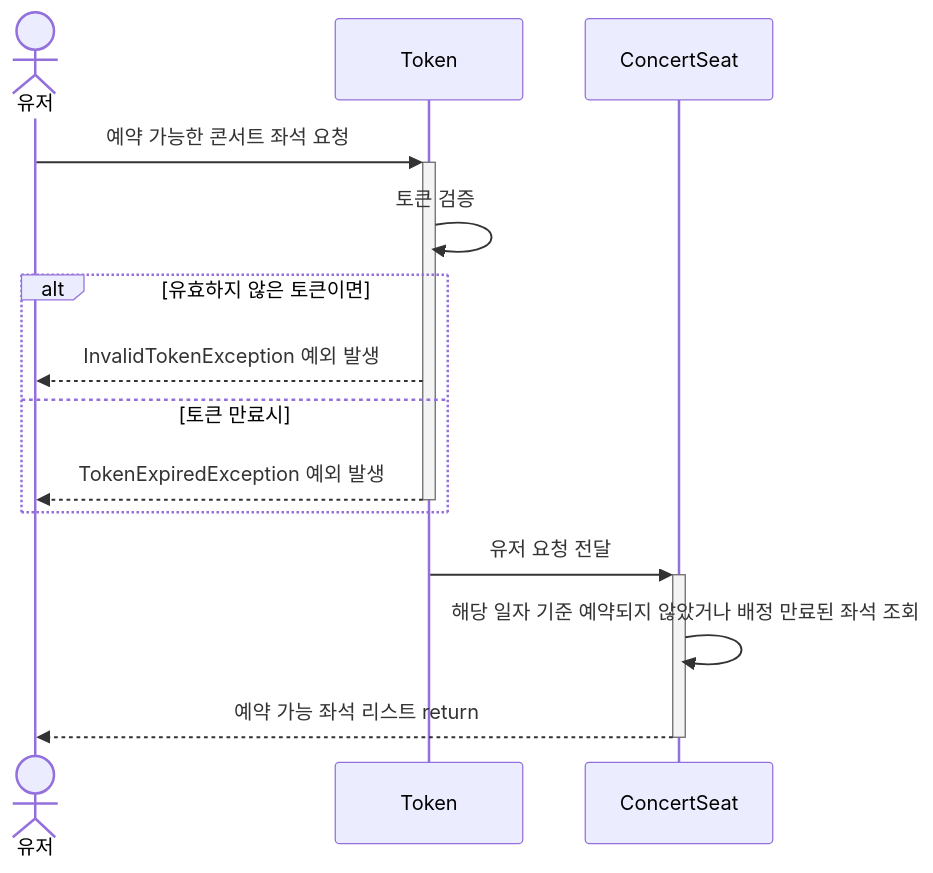
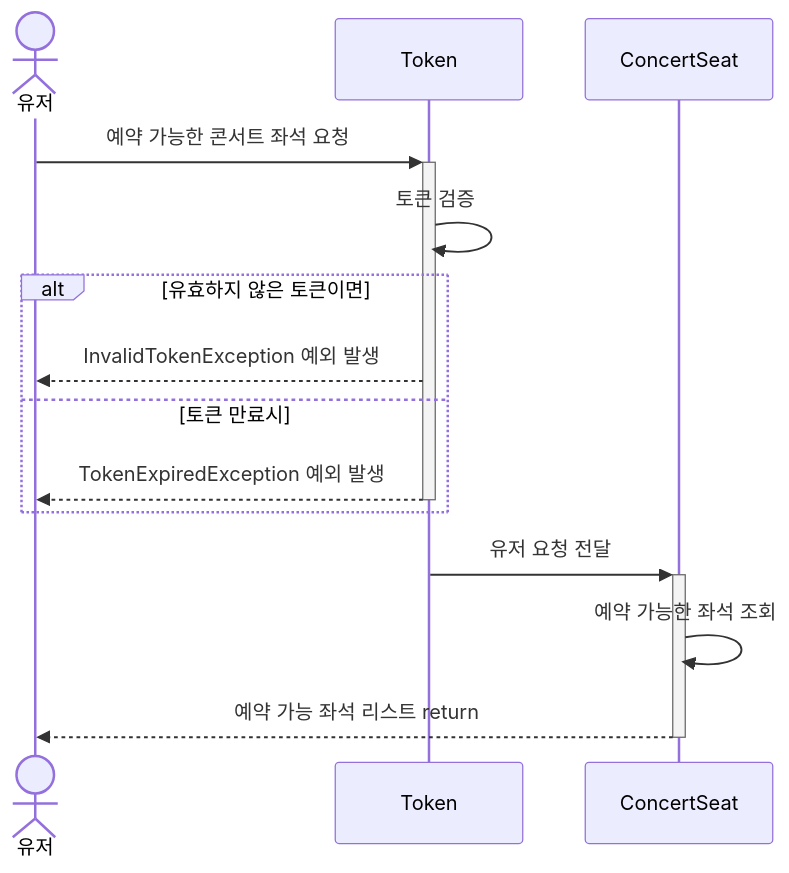
One commit to giwonn/hhplus-concert changed the seventh of 11 diagrams in docs/sequence_diagram.md. Above: the diagram before and after it, drawn with Mermaid. The commit also changed other lines of this file, not shown here.

Commit message:
docs: 시퀀스 다이어그램 변경

````diff
--- a/docs/sequence_diagram.md
+++ b/docs/sequence_diagram.md
@@ -134,17 +134,17 @@
 ```mermaid
 sequenceDiagram
   actor A1 as 유저
   participant Token as Token
   participant ConcertSeat as ConcertSeat
 
   A1 ->>+ Token: 예약 가능한 콘서트 좌석 요청
   Token ->> Token: 토큰 검증
   alt 유효하지 않은 토큰이면
     Token -->> A1: InvalidTokenException 예외 발생
   else 토큰 만료시
     Token -->>- A1: TokenExpiredException 예외 발생
   end
   Token ->>+ ConcertSeat: 유저 요청 전달
-  ConcertSeat ->> ConcertSeat: 해당 일자 기준 예약되지 않았거나 배정 만료된 좌석 조회
+  ConcertSeat ->> ConcertSeat: 예약 가능한 좌석 조회
   ConcertSeat -->>- A1: 예약 가능 좌석 리스트 return
 ```
````
